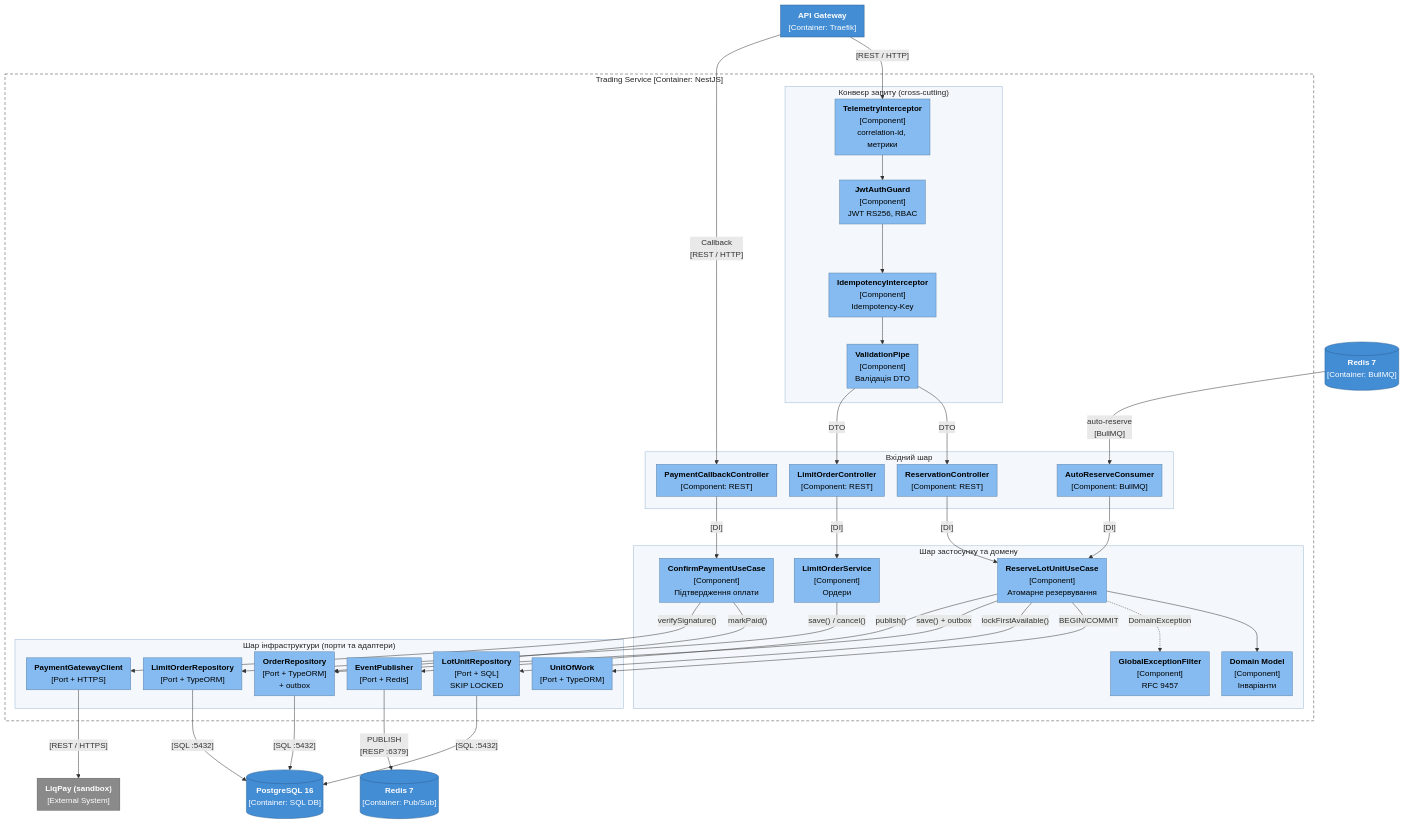
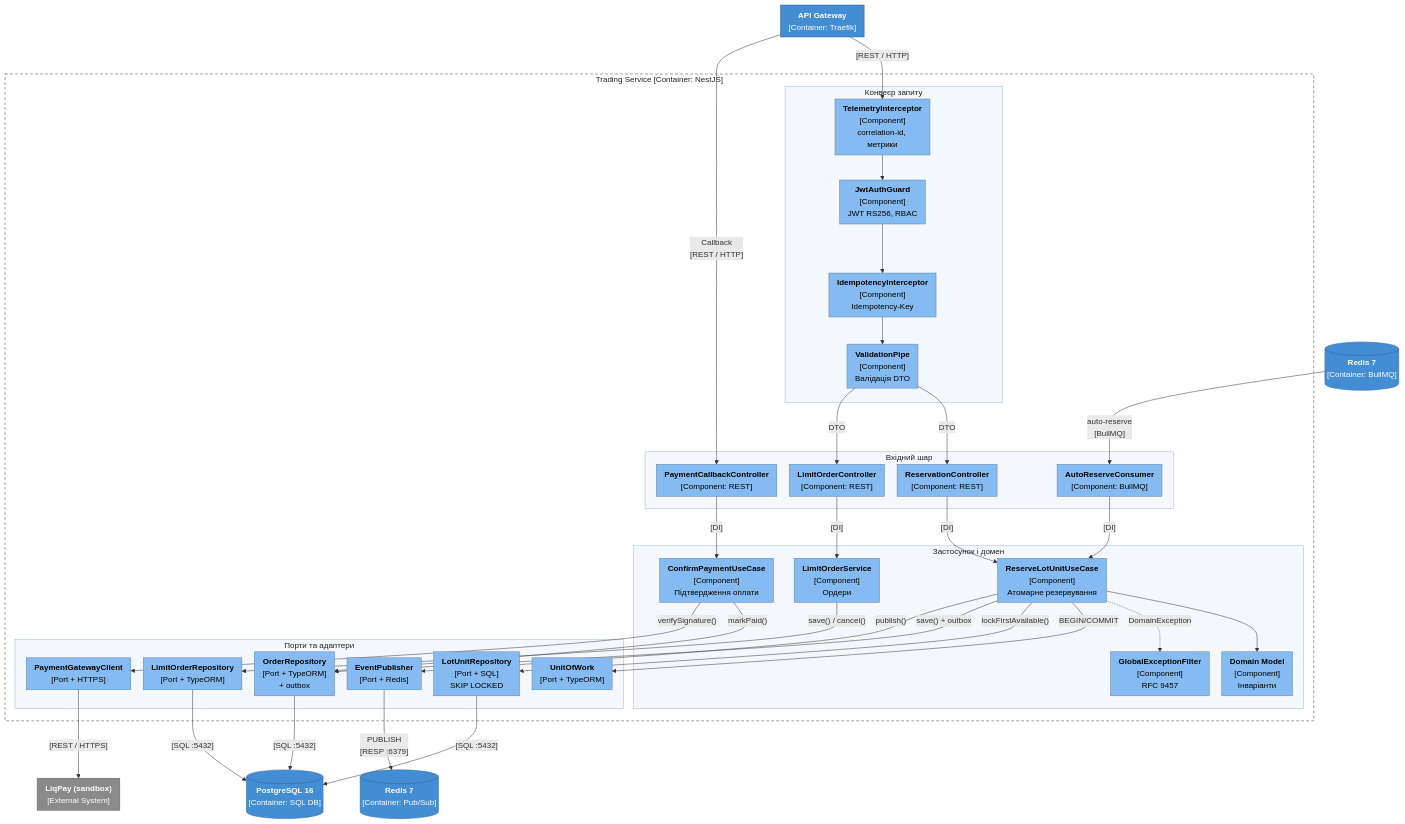
Before and after one commit to ostrrovska/diploma-project: the third of 7 diagrams in docs/2_design.md, drawn with Mermaid.

Commit message:
docs(design): shorten C4 component subgraph titles to prevent label overlap

```diff
--- a/docs/2_design.md
+++ b/docs/2_design.md
@@ -250,7 +250,7 @@
   redisIn[("<b>Redis 7</b><br/>[Container: BullMQ]")]
 
   subgraph trading["Trading Service [Container: NestJS]"]
-    subgraph pipeline["Конвеєр запиту (cross-cutting)"]
+    subgraph pipeline["Конвеєр запиту"]
       telemetry["<b>TelemetryInterceptor</b><br/>[Component]<br/>correlation-id, метрики"]
       guard["<b>JwtAuthGuard</b><br/>[Component]<br/>JWT RS256, RBAC"]
       idem["<b>IdempotencyInterceptor</b><br/>[Component]<br/>Idempotency-Key"]
@@ -264,7 +264,7 @@
       autoRes["<b>AutoReserveConsumer</b><br/>[Component: BullMQ]"]
     end
 
-    subgraph app["Шар застосунку та домену"]
+    subgraph app["Застосунок і домен"]
       reserveUC["<b>ReserveLotUnitUseCase</b><br/>[Component]<br/>Атомарне резервування"]
       loUC["<b>LimitOrderService</b><br/>[Component]<br/>Ордери"]
       payUC["<b>ConfirmPaymentUseCase</b><br/>[Component]<br/>Підтвердження оплати"]
@@ -272,7 +272,7 @@
       filter["<b>GlobalExceptionFilter</b><br/>[Component]<br/>RFC 9457"]
     end
 
-    subgraph outbound["Шар інфраструктури (порти та адаптери)"]
+    subgraph outbound["Порти та адаптери"]
       uow["<b>UnitOfWork</b><br/>[Port + TypeORM]"]
       unitRepo["<b>LotUnitRepository</b><br/>[Port + SQL]<br/>SKIP LOCKED"]
       orderRepo["<b>OrderRepository</b><br/>[Port + TypeORM]<br/>+ outbox"]
```
